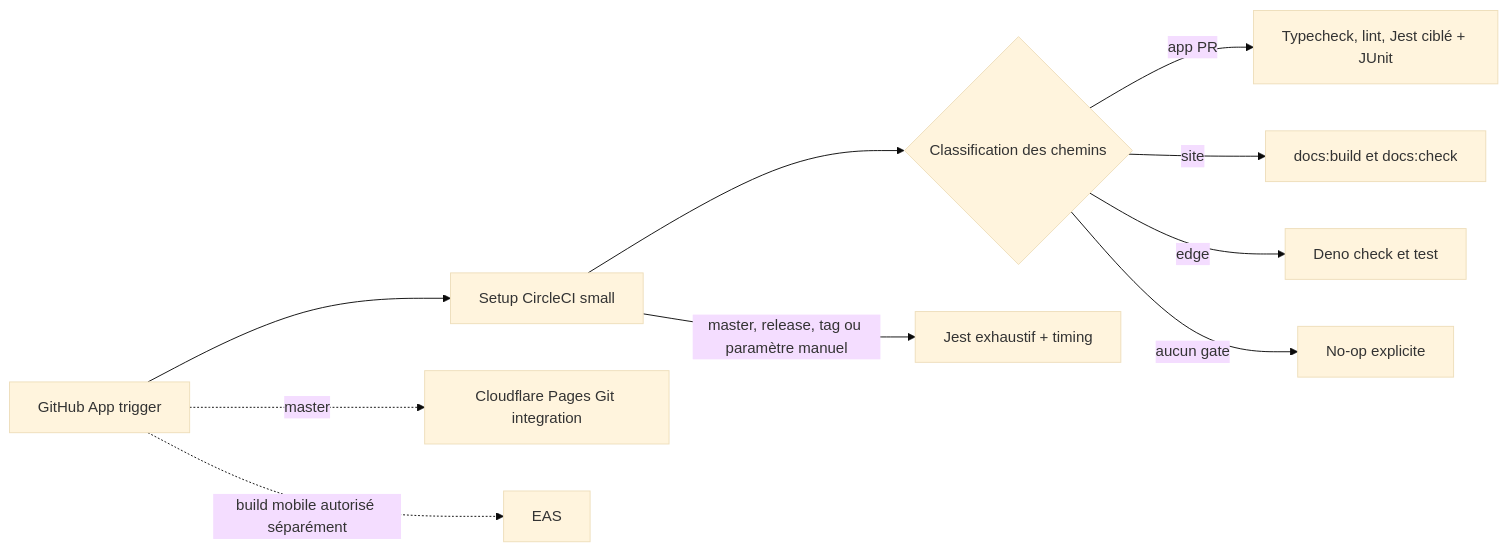
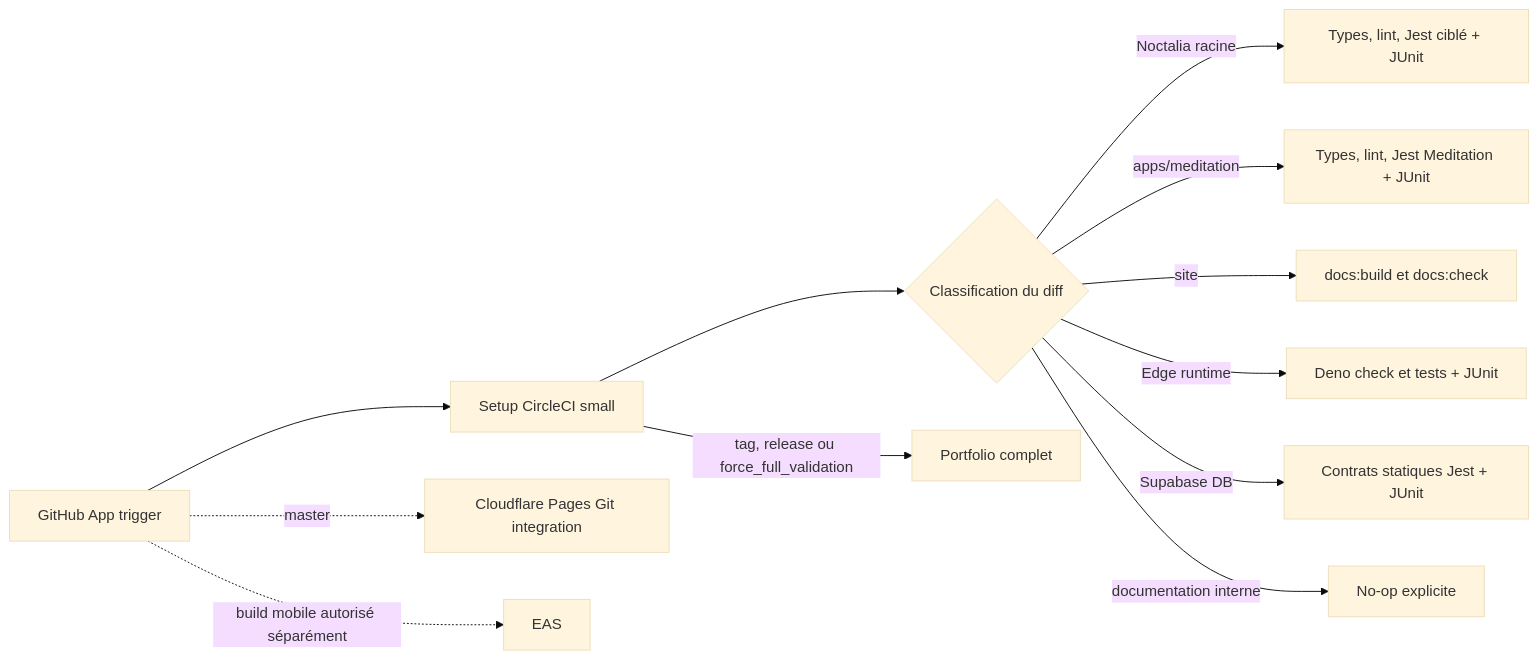
The diagram in doc_web_interne/docs/circleci-migration.md (thannous/dreamer), drawn with Mermaid (base theme) before and after one commit. The commit also changed other lines of this file and 4 other files, not shown here.

````diff
--- a/doc_web_interne/docs/circleci-migration.md
+++ b/doc_web_interne/docs/circleci-migration.md
@@ -9,12 +9,14 @@
 ```mermaid
 flowchart LR
   GH[GitHub App trigger] --> S[Setup CircleCI small]
-  S --> C{Classification des chemins}
-  C -->|app PR| N[Typecheck, lint, Jest ciblé + JUnit]
+  S --> C{Classification du diff}
+  C -->|Noctalia racine| N[Types, lint, Jest ciblé + JUnit]
+  C -->|apps/meditation| M[Types, lint, Jest Meditation + JUnit]
   C -->|site| D[docs:build et docs:check]
-  C -->|edge| E[Deno check et test]
-  C -->|aucun gate| Z[No-op explicite]
-  S -->|master, release, tag ou paramètre manuel| F[Jest exhaustif + timing]
+  C -->|Edge runtime| E[Deno check et tests + JUnit]
+  C -->|Supabase DB| B[Contrats statiques Jest + JUnit]
+  C -->|documentation interne| Z[No-op explicite]
+  S -->|tag, release ou force_full_validation| F[Portfolio complet]
   GH -. master .-> CF[Cloudflare Pages Git integration]
   GH -. build mobile autorisé séparément .-> EA[EAS]
 ```
````
